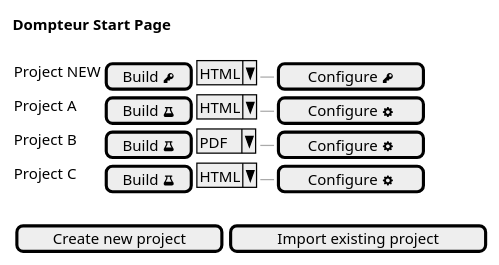
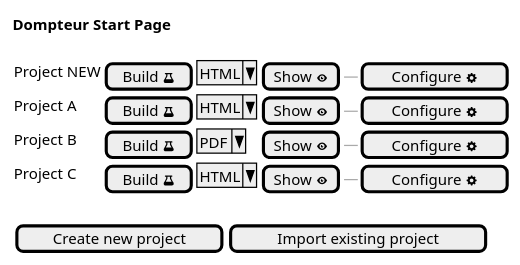
Before and after one commit to useblocks/dompteur: the diagram in docs/pumls/mockups/main_new.puml, drawn with PlantUML. The commit also changed 2 other files, not shown here.

Commit message:
Adds Show button to main view

```diff
--- a/docs/pumls/mockups/main_new.puml
+++ b/docs/pumls/mockups/main_new.puml
@@ -1,17 +1,18 @@
 @startuml
 salt
 {
 <b>Dompteur Start Page
     .
     {
-        Project NEW | [Build <&key>] | ^HTML^ | --- | [ Configure <&key> ]
-        Project A | [Build <&beaker>] | ^HTML^ | --- | [ Configure <&cog> ]
-        Project B | [Build <&beaker>] | ^PDF ^ | --- | [ Configure <&cog> ]
-        Project C | [Build <&beaker>] | ^HTML^ | --- | [ Configure <&cog> ]
+        Project NEW | [Build <&beaker>] | ^HTML^ | [Show <&eye>] | --- | [ Configure <&cog> ]
+        Project A | [Build <&beaker>] | ^HTML^ | [Show <&eye>] | --- | [ Configure <&cog> ]
+        Project B | [Build <&beaker>] | ^PDF^ | [Show <&eye>] | --- | [ Configure <&cog> ]
+        Project C | [Build <&beaker>] | ^HTML^ | [Show <&eye>] | --- | [ Configure <&cog> ]
+
     }
     .
     {
         [ Create new project ] | [ Import existing project ]
     }
 }
 @enduml
```
